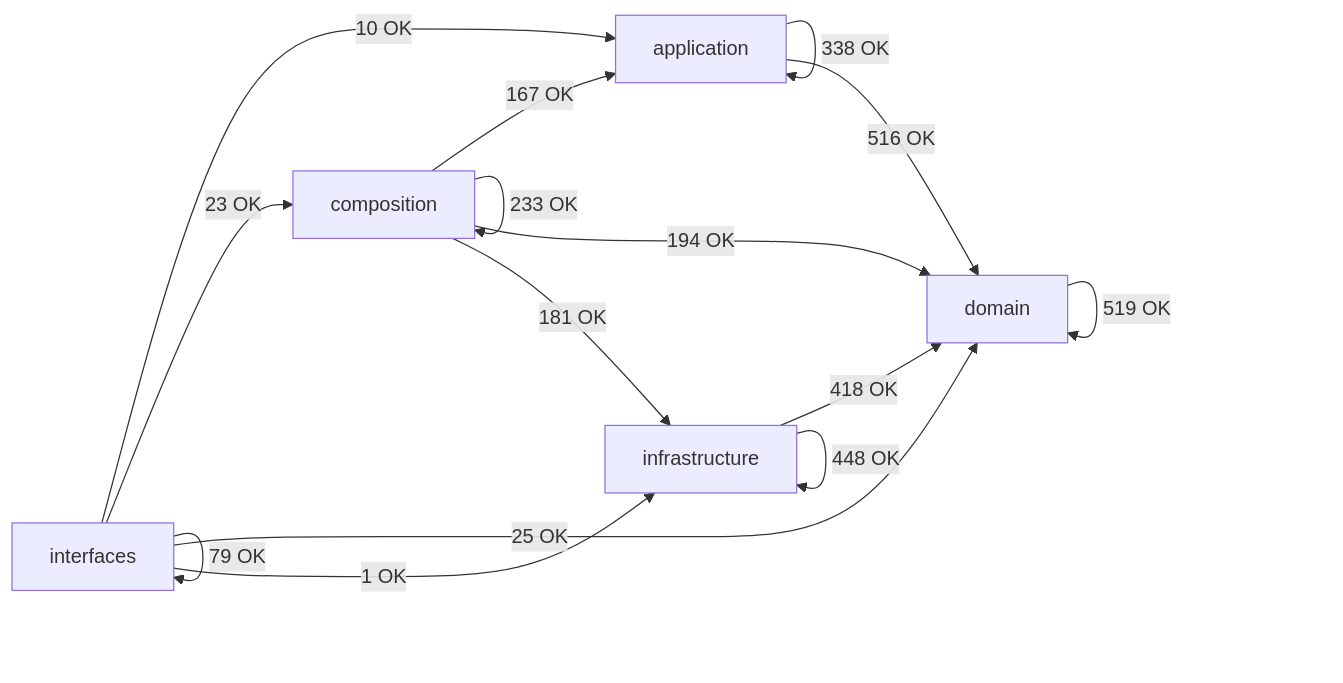
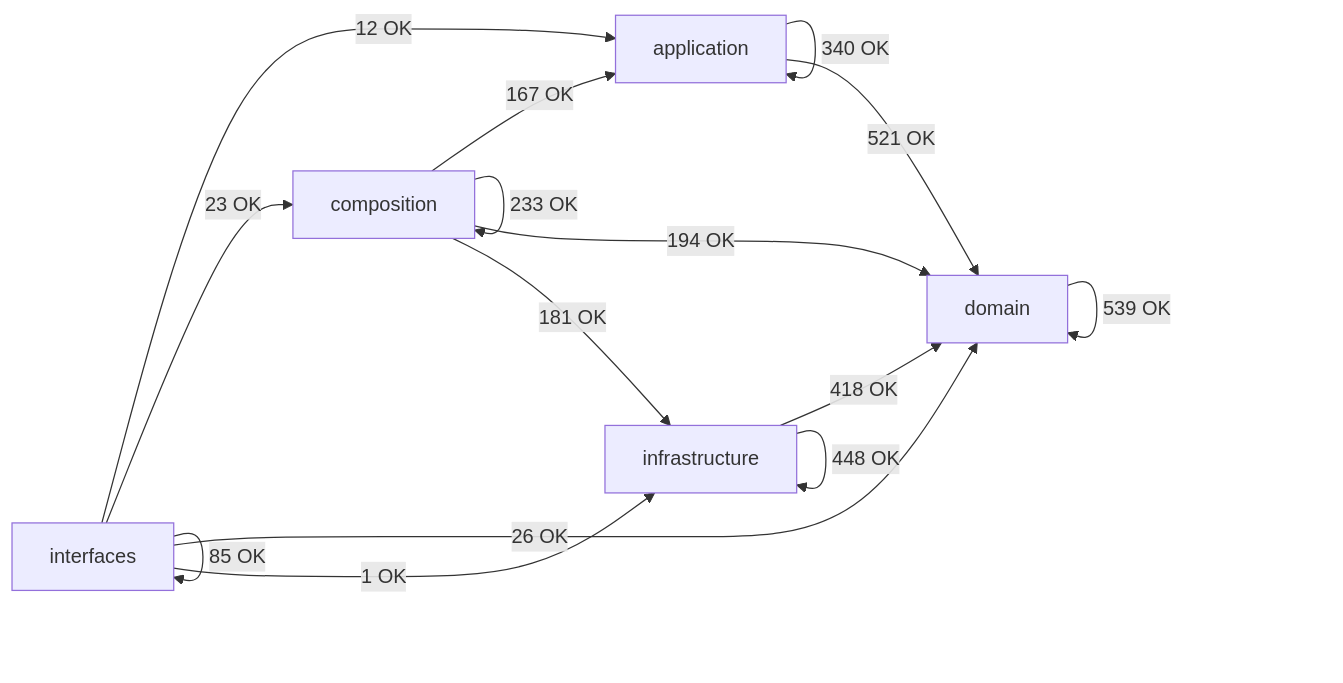
One commit to SatoryKono/BioactivityDataAcquisition changed the diagram in docs/02-architecture/generated/module-dependency-map.md. Above: the diagram before and after it, drawn with Mermaid. The commit also changed other lines of this file and 123 other files, not shown here.

````diff
--- a/docs/02-architecture/generated/module-dependency-map.md
+++ b/docs/02-architecture/generated/module-dependency-map.md
@@ -15,22 +15,22 @@
 ```mermaid
 flowchart LR
     domain[domain]
     application[application]
     infrastructure[infrastructure]
     composition[composition]
     interfaces[interfaces]
-    application -->|338 OK| application
-    application -->|516 OK| domain
+    application -->|340 OK| application
+    application -->|521 OK| domain
     composition -->|167 OK| application
     composition -->|233 OK| composition
     composition -->|194 OK| domain
     composition -->|181 OK| infrastructure
-    domain -->|519 OK| domain
+    domain -->|539 OK| domain
     infrastructure -->|418 OK| domain
     infrastructure -->|448 OK| infrastructure
-    interfaces -->|10 OK| application
+    interfaces -->|12 OK| application
     interfaces -->|23 OK| composition
-    interfaces -->|25 OK| domain
+    interfaces -->|26 OK| domain
     interfaces -->|1 OK| infrastructure
-    interfaces -->|79 OK| interfaces
+    interfaces -->|85 OK| interfaces
 ```
````
